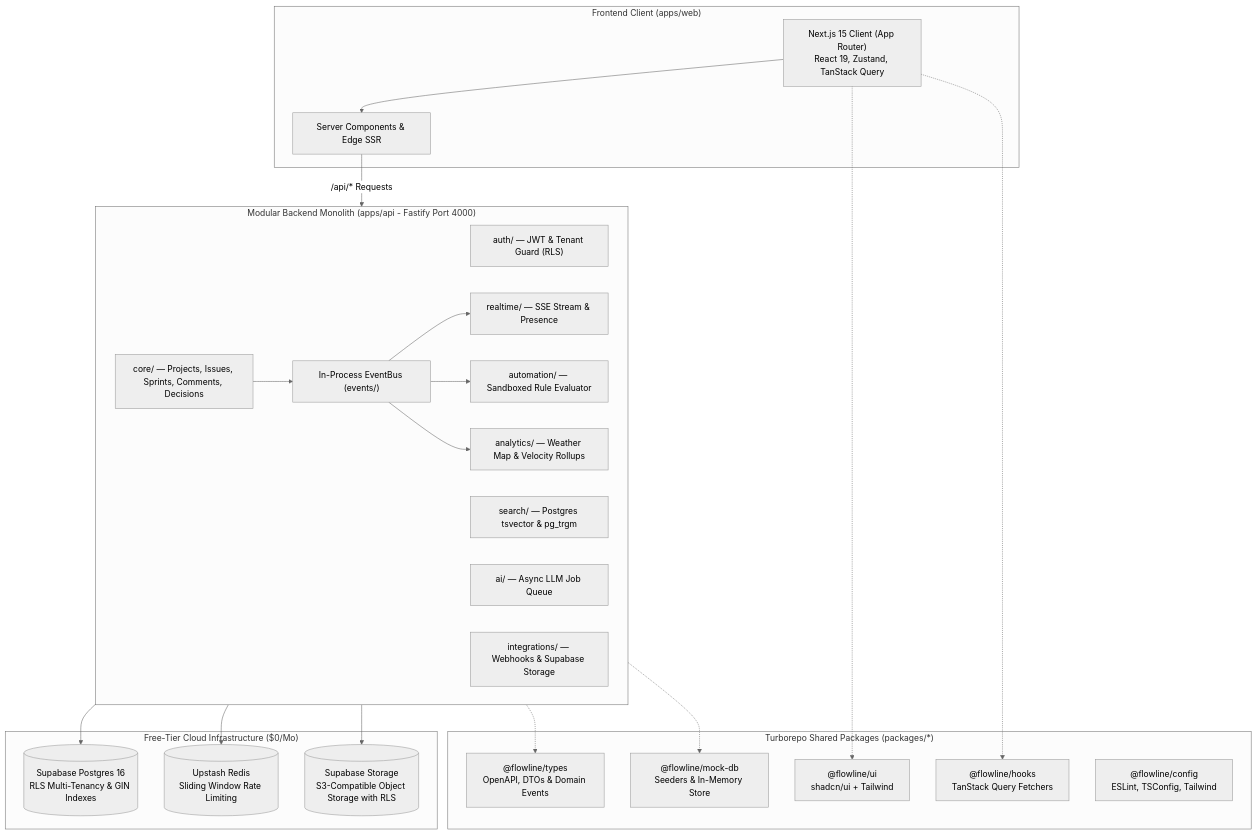
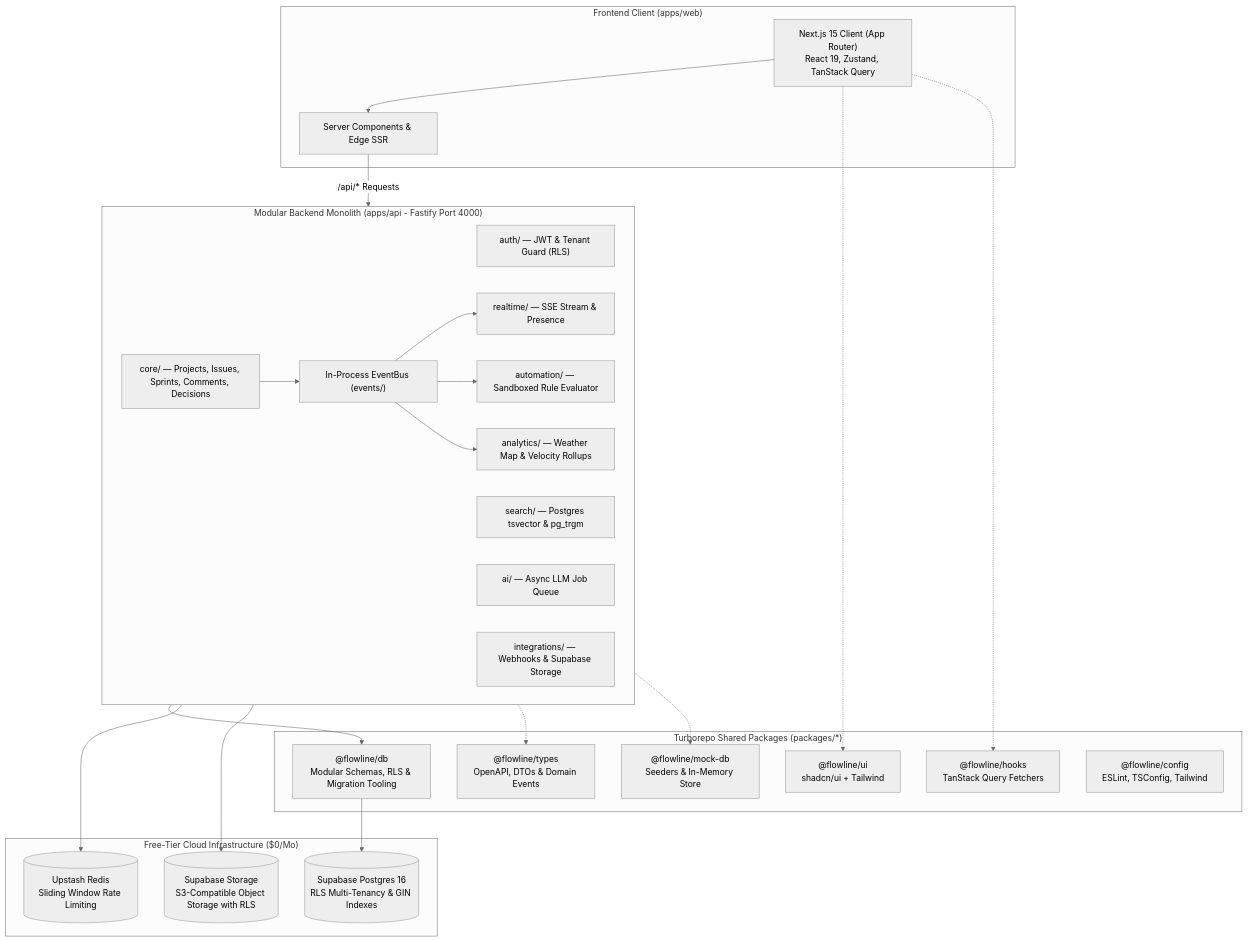
Before and after one commit to anirban-629/uniqueprojmang: the diagram in docs/architecture/system-overview.md, drawn with Mermaid (neutral theme). The commit also changed other lines of this file and 24 other files, not shown here.

Commit message:
[FEAT](db): implement modular postgres schema, seed data, and db package

````diff
--- a/docs/architecture/system-overview.md
+++ b/docs/architecture/system-overview.md
@@ -5,49 +5,51 @@
 ```mermaid
 flowchart TB
     subgraph Clients["Frontend Client (apps/web)"]
         Browser["Next.js 15 Client (App Router)<br/>React 19, Zustand, TanStack Query"]
         SSR["Server Components & Edge SSR"]
     end
 
     subgraph BackendMonolith["Modular Backend Monolith (apps/api - Fastify Port 4000)"]
         Auth["auth/ — JWT & Tenant Guard (RLS)"]
         Core["core/ — Projects, Issues, Sprints, Comments, Decisions"]
         Search["search/ — Postgres tsvector & pg_trgm"]
         Realtime["realtime/ — SSE Stream & Presence"]
         Auto["automation/ — Sandboxed Rule Evaluator"]
         AI["ai/ — Async LLM Job Queue"]
         Integrations["integrations/ — Webhooks & Supabase Storage"]
         Analytics["analytics/ — Weather Map & Velocity Rollups"]
         EventBus["In-Process EventBus (events/)"]
     end
 
     subgraph DataServices["Free-Tier Cloud Infrastructure ($0/Mo)"]
         Postgres[(Supabase Postgres 16<br/>RLS Multi-Tenancy & GIN Indexes)]
         Redis[(Upstash Redis<br/>Sliding Window Rate Limiting)]
         Storage[(Supabase Storage<br/>S3-Compatible Object Storage with RLS)]
     end
 
     subgraph SharedPackages["Turborepo Shared Packages (packages/*)"]
+        DB["@flowline/db<br/>Modular Schemas, RLS & Migration Tooling"]
         UI["@flowline/ui<br/>shadcn/ui + Tailwind"]
         Types["@flowline/types<br/>OpenAPI, DTOs & Domain Events"]
         Hooks["@flowline/hooks<br/>TanStack Query Fetchers"]
         MockDB["@flowline/mock-db<br/>Seeders & In-Memory Store"]
         Config["@flowline/config<br/>ESLint, TSConfig, Tailwind"]
     end
 
     Browser --> SSR
     SSR -->|/api/* Requests| BackendMonolith
     Core --> EventBus
     EventBus --> Realtime
     EventBus --> Auto
     EventBus --> Analytics
 
-    BackendMonolith --> Postgres
+    BackendMonolith --> DB
+    DB --> Postgres
     BackendMonolith --> Redis
     BackendMonolith --> Storage
 
     Browser -.-> UI
     Browser -.-> Hooks
     BackendMonolith -.-> Types
     BackendMonolith -.-> MockDB
 ```
````
